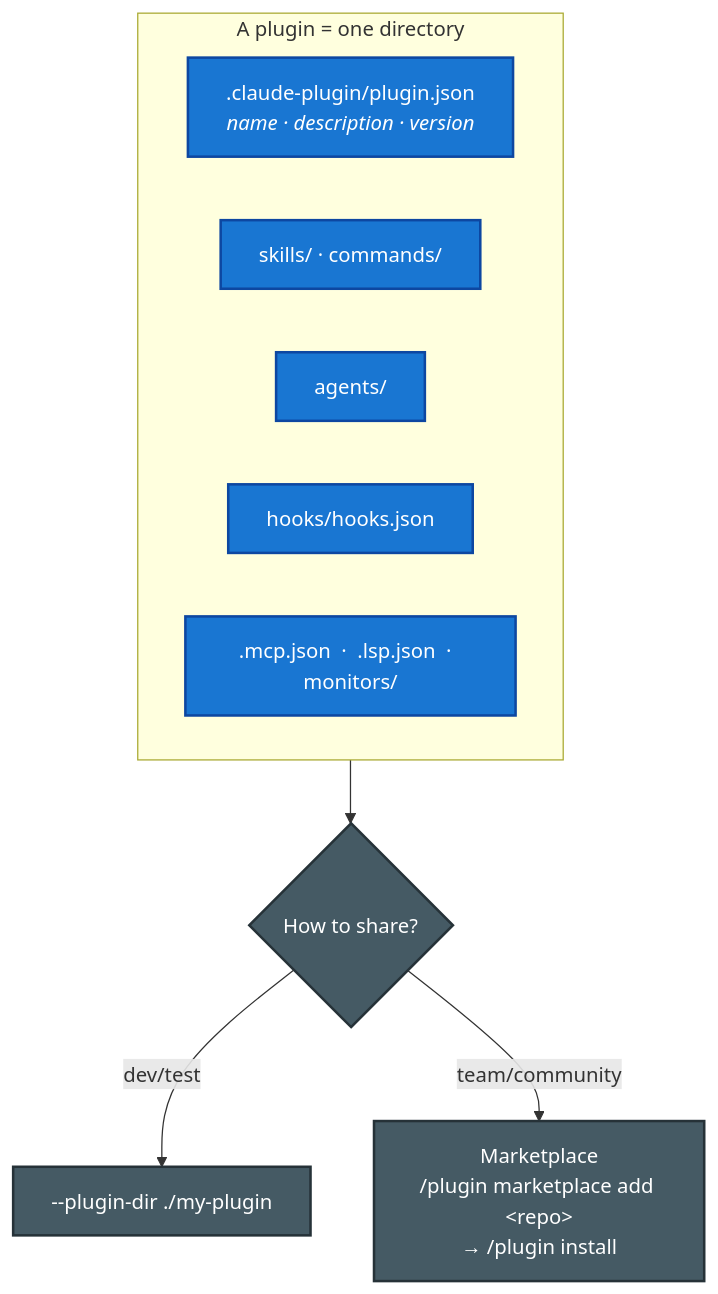
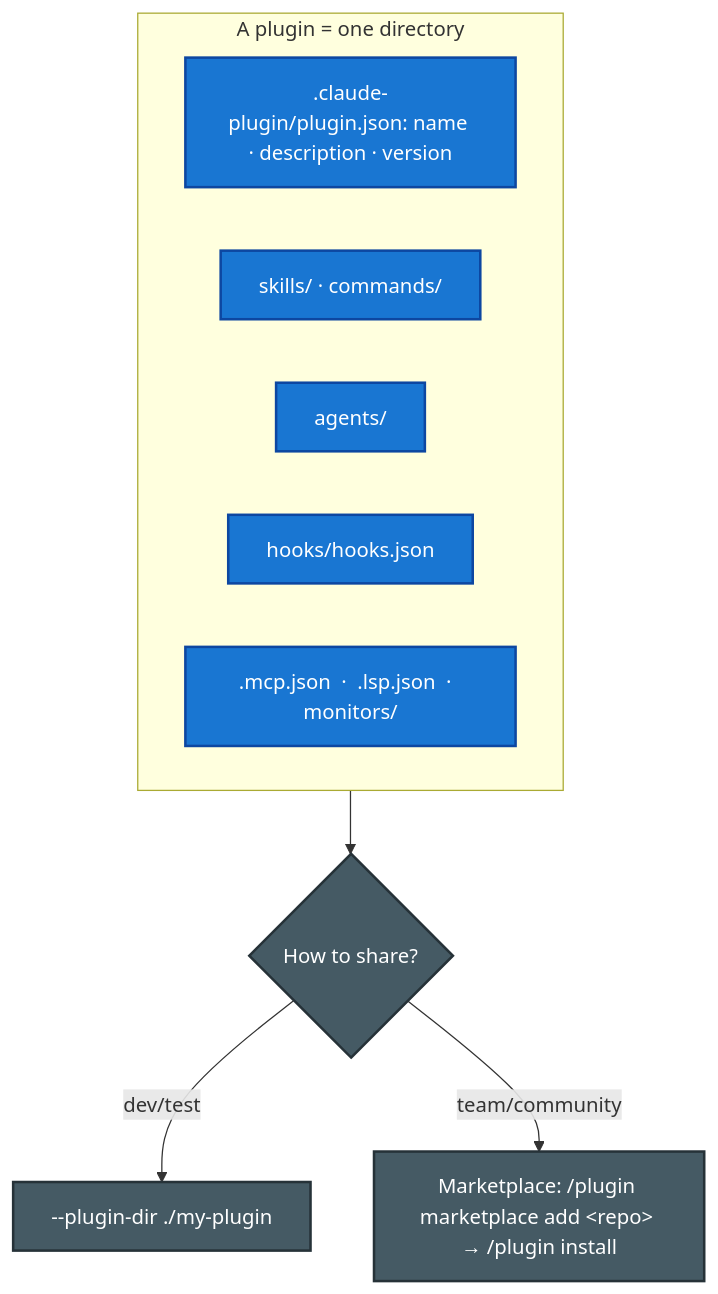
One commit to parmar-m/claude-architect-certification-prep changed diagram 11 of 12 in CCA-F/domains/d3-claude-code.md. Above: the diagram before and after it, drawn with Mermaid. The commit also changed other lines of this file and 25 other files, not shown here.

````diff
--- a/CCA-F/domains/d3-claude-code.md
+++ b/CCA-F/domains/d3-claude-code.md
@@ -426,17 +426,17 @@
 ```mermaid
 flowchart TD
     subgraph PLUGIN["A plugin = one directory"]
-        M[".claude-plugin/plugin.json<br/><i>name · description · version</i>"]
+        M[".claude-plugin/plugin.json: name · description · version"]
         S["skills/  ·  commands/"]
         A["agents/"]
         H["hooks/hooks.json"]
         MCP[".mcp.json  ·  .lsp.json  ·  monitors/"]
     end
     PLUGIN --> DIST{"How to share?"}
     DIST -->|dev/test| DIR["--plugin-dir ./my-plugin"]
-    DIST -->|team/community| MKT["Marketplace<br/>/plugin marketplace add &lt;repo&gt;<br/>→ /plugin install"]
+    DIST -->|team/community| MKT["Marketplace: /plugin marketplace add &lt;repo&gt; → /plugin install"]
     classDef box fill:#1976D2,color:#fff,stroke:#0D47A1,stroke-width:2px
     classDef out fill:#455A64,color:#fff,stroke:#263238,stroke-width:2px
     class M,S,A,H,MCP box
     class DIR,MKT,DIST out
 ```
````
